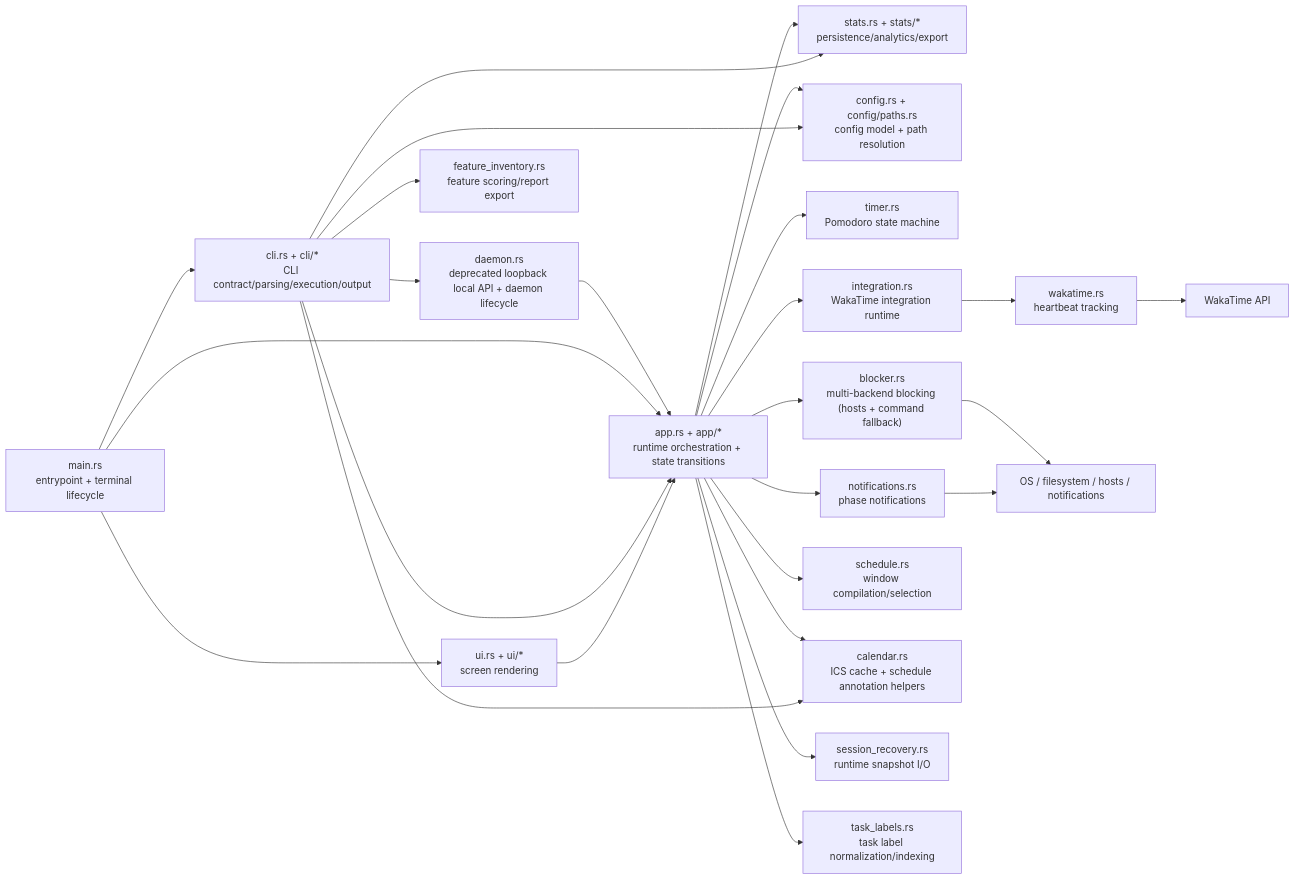
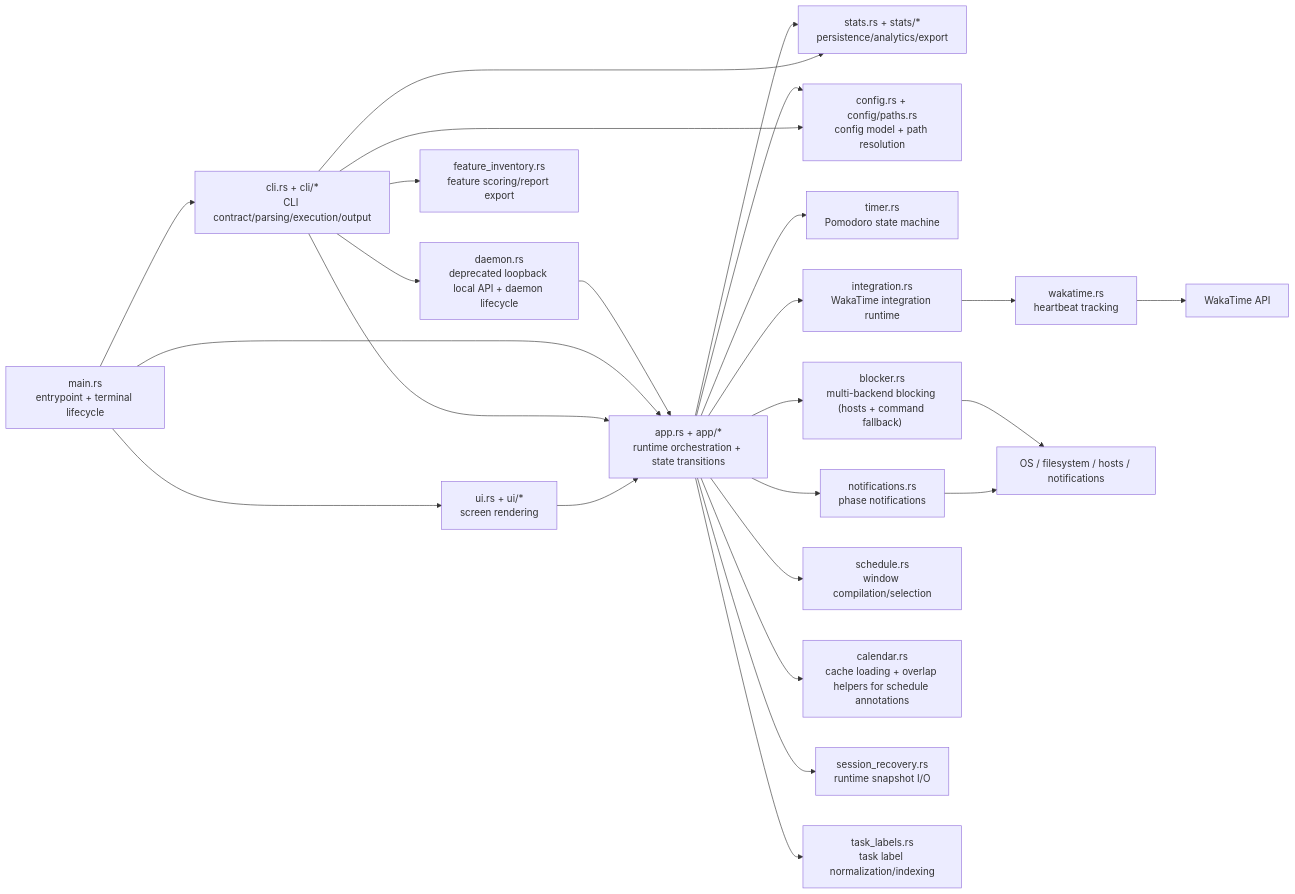
The first of 2 diagrams in ARCHITECTURE.md (utilForever/focustime), drawn with Mermaid before and after one commit.

Commit message:
docs: align architecture calendar overview

````diff
--- a/ARCHITECTURE.md
+++ b/ARCHITECTURE.md
@@ -10,48 +10,47 @@
 ```mermaid
 flowchart LR
     M["main.rs<br/>entrypoint + terminal lifecycle"]
     CLI["cli.rs + cli/*<br/>CLI contract/parsing/execution/output"]
     DAE["daemon.rs<br/>deprecated loopback local API + daemon lifecycle"]
     APP["app.rs + app/*<br/>runtime orchestration + state transitions"]
     UI["ui.rs + ui/*<br/>screen rendering"]
     ST["stats.rs + stats/*<br/>persistence/analytics/export"]
     FI["feature_inventory.rs<br/>feature scoring/report export"]
     CFG["config.rs + config/paths.rs<br/>config model + path resolution"]
     TM["timer.rs<br/>Pomodoro state machine"]
     BL["blocker.rs<br/>multi-backend blocking (hosts + command fallback)"]
     IG["integration.rs<br/>WakaTime integration runtime"]
     WK["wakatime.rs<br/>heartbeat tracking"]
     NT["notifications.rs<br/>phase notifications"]
     SCH["schedule.rs<br/>window compilation/selection"]
-    CAL["calendar.rs<br/>ICS cache + schedule annotation helpers"]
+    CAL["calendar.rs<br/>cache loading + overlap helpers for schedule annotations"]
     REC["session_recovery.rs<br/>runtime snapshot I/O"]
     TL["task_labels.rs<br/>task label normalization/indexing"]
     OS["OS / filesystem / hosts / notifications"]
     API["WakaTime API"]
 
     M --> CLI
     CLI --> DAE
     DAE --> APP
     M --> APP
     M --> UI
     APP --> CFG
     APP --> TM
     APP --> BL
     APP --> IG
     IG --> WK
     APP --> NT
     APP --> SCH
     APP --> CAL
     APP --> ST
     APP --> TL
     APP --> REC
     CLI --> APP
     CLI --> CFG
-    CLI --> CAL
     CLI --> ST
     CLI --> FI
     UI --> APP
     BL --> OS
     NT --> OS
     WK --> API
 ```
````
